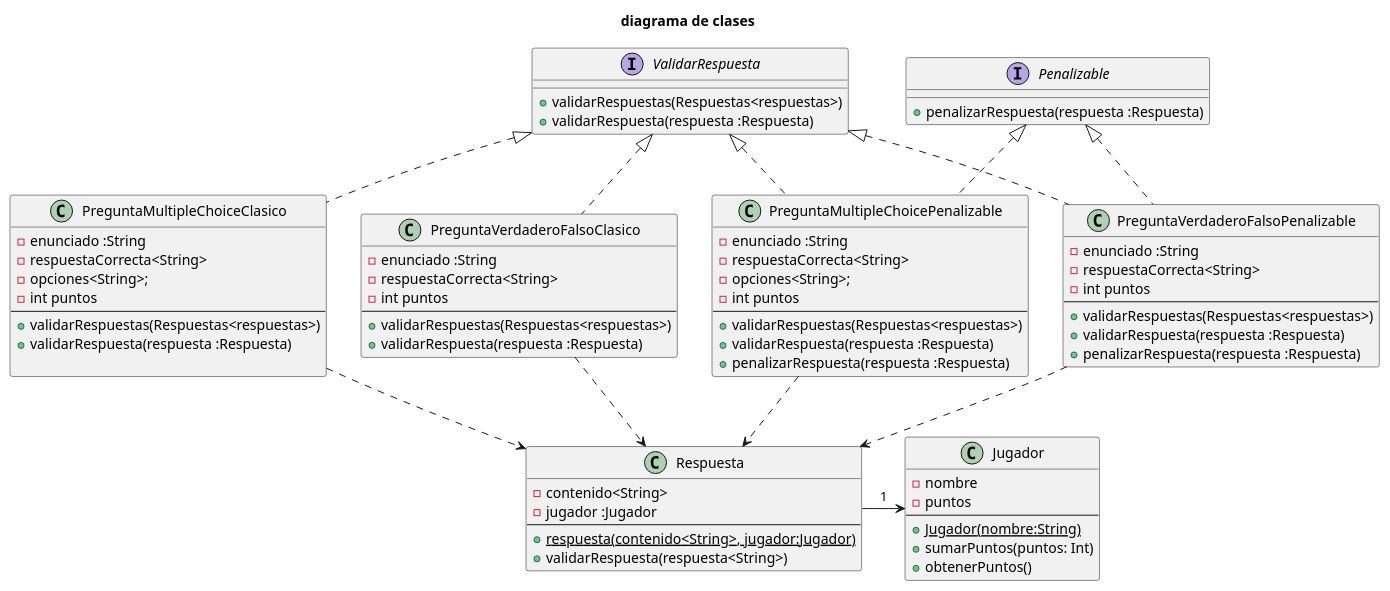
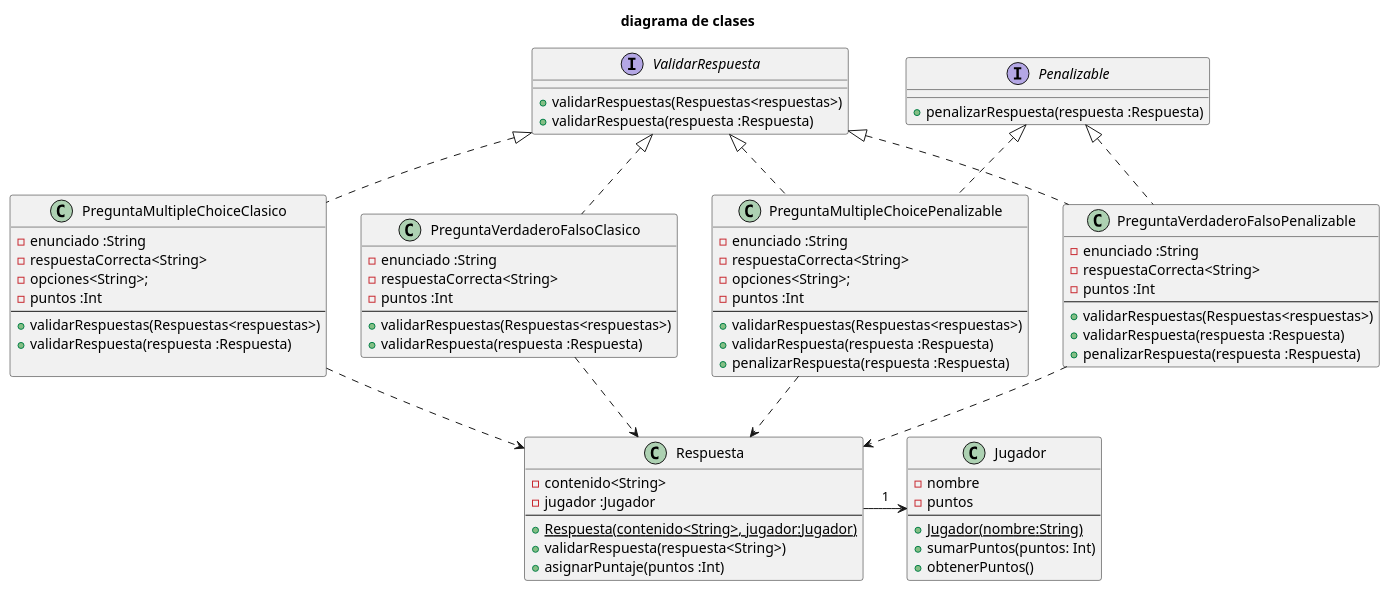
Before and after one commit to laldonate96/Algo3-TP2: the diagram in diagrams/classes/diagrama de clase.puml, drawn with PlantUML.

Commit message:
refactor del diagrama de clases

```diff
--- a/diagrams/classes/diagrama de clase.puml
+++ b/diagrams/classes/diagrama de clase.puml
@@ -1,77 +1,78 @@
 @startuml diagrama de clases
 title diagrama de clases
 
 class Jugador{
     - nombre
     - puntos
     ---
     + {static}Jugador(nombre:String)
     + sumarPuntos(puntos: Int)
     + obtenerPuntos()
 }
 
 Class Respuesta{
     - contenido<String>
     - jugador :Jugador
     ---
-    + {static} respuesta(contenido<String>, jugador:Jugador)
+    + {static} Respuesta(contenido<String>, jugador:Jugador)
     + validarRespuesta(respuesta<String>)
+    + asignarPuntaje(puntos :Int)
 }
 
 interface ValidarRespuesta{
     + validarRespuestas(Respuestas<respuestas>)
     + validarRespuesta(respuesta :Respuesta)
 } 
 
 interface Penalizable{
     + penalizarRespuesta(respuesta :Respuesta)
 }
 
 class PreguntaVerdaderoFalsoClasico implements ValidarRespuesta{
     - enunciado :String
     - respuestaCorrecta<String>
-    - int puntos
+    - puntos :Int
     ---
     + validarRespuestas(Respuestas<respuestas>)
     + validarRespuesta(respuesta :Respuesta)
 }
 
 class PreguntaVerdaderoFalsoPenalizable implements ValidarRespuesta, Penalizable{
     - enunciado :String
     - respuestaCorrecta<String>
-    - int puntos
+    - puntos :Int
     ---
     + validarRespuestas(Respuestas<respuestas>)
     + validarRespuesta(respuesta :Respuesta)
     + penalizarRespuesta(respuesta :Respuesta)
 }
 
 class PreguntaMultipleChoiceClasico implements ValidarRespuesta{
     - enunciado :String
     - respuestaCorrecta<String>
     - opciones<String>;
-    - int puntos
+    - puntos :Int
     ---
     + validarRespuestas(Respuestas<respuestas>)
     + validarRespuesta(respuesta :Respuesta)
 
 }
 
 class PreguntaMultipleChoicePenalizable implements ValidarRespuesta, Penalizable{
     - enunciado :String
     - respuestaCorrecta<String>
     - opciones<String>;
-    - int puntos
+    - puntos :Int
     ---
     + validarRespuestas(Respuestas<respuestas>)
     + validarRespuesta(respuesta :Respuesta)
     + penalizarRespuesta(respuesta :Respuesta)
 }
 
 Respuesta -> Jugador: "1"
 PreguntaVerdaderoFalsoClasico ..> Respuesta
 PreguntaVerdaderoFalsoPenalizable ..> Respuesta
 PreguntaMultipleChoiceClasico ..> Respuesta
 PreguntaMultipleChoicePenalizable ..> Respuesta
 
 @enduml
```
